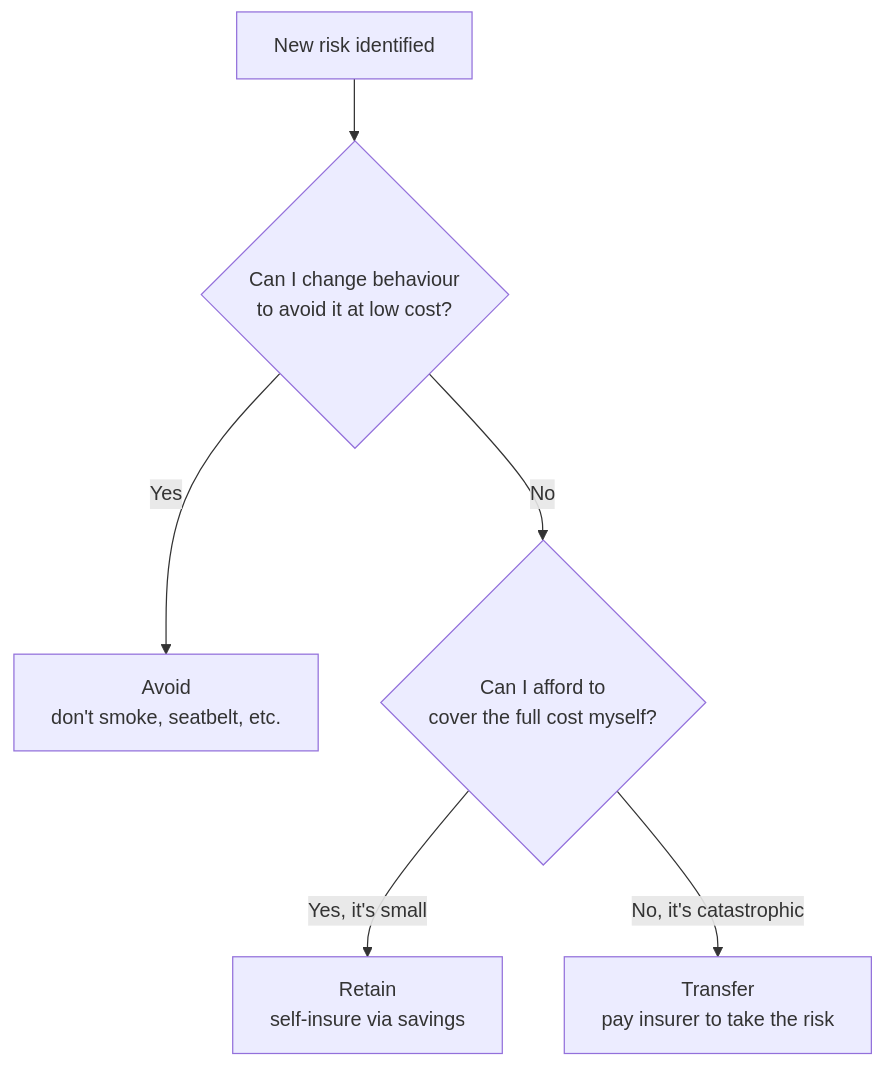
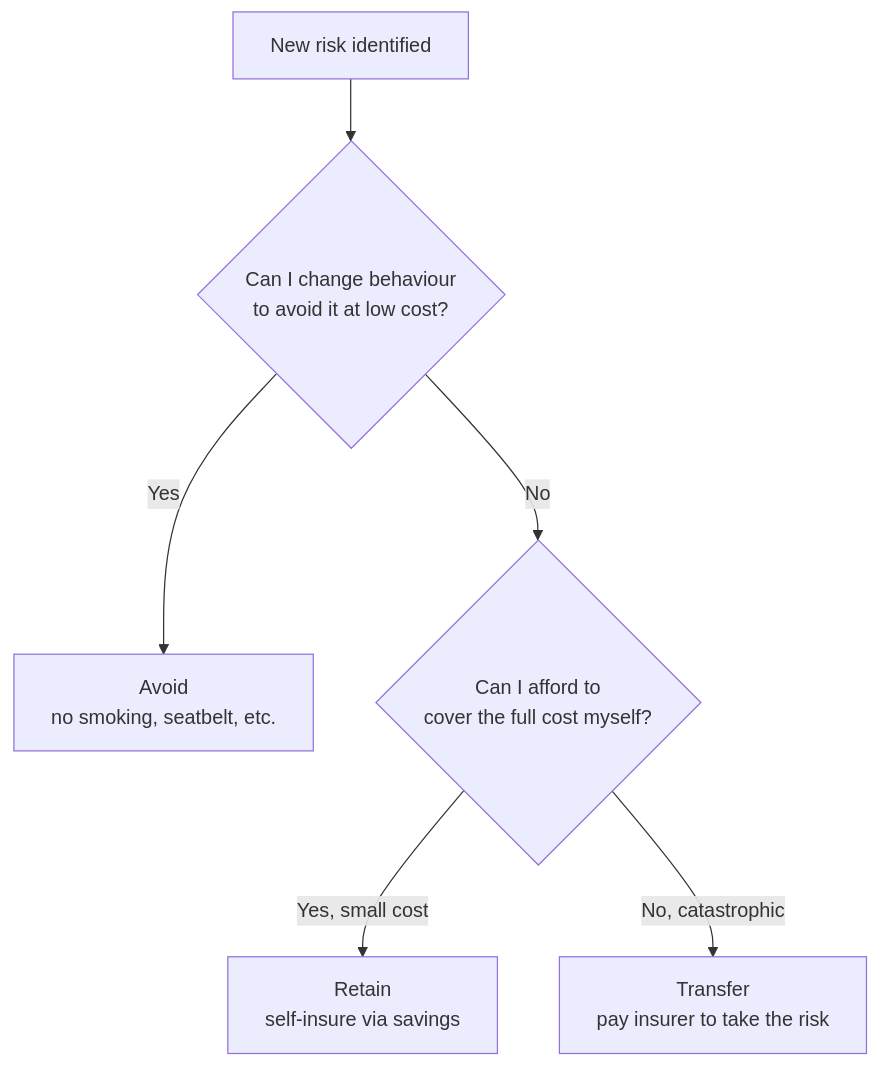
One commit to leotansingapore/aia-product-compass-hub changed the first of 2 diagrams in docs/first-60-days/week-1/day-02.md. Above: the diagram before and after it, drawn with Mermaid.

Commit message:
Day 2 risk decision tree mermaid now renders — apostrophes in unquoted node labels were breaking strict-mode parser

````diff
--- a/docs/first-60-days/week-1/day-02.md
+++ b/docs/first-60-days/week-1/day-02.md
@@ -105,8 +105,8 @@
 ```mermaid
 flowchart TD
-    R[New risk identified] --> Q1{Can I change behaviour<br/>to avoid it at low cost?}
-    Q1 -->|Yes| AV[Avoid<br/>don't smoke, seatbelt, etc.]
-    Q1 -->|No| Q2{Can I afford to<br/>cover the full cost myself?}
-    Q2 -->|Yes, it's small| RE[Retain<br/>self-insure via savings]
-    Q2 -->|No, it's catastrophic| TR[Transfer<br/>pay insurer to take the risk]
+    R["New risk identified"] --> Q1{"Can I change behaviour<br/>to avoid it at low cost?"}
+    Q1 -->|Yes| AV["Avoid<br/>no smoking, seatbelt, etc."]
+    Q1 -->|No| Q2{"Can I afford to<br/>cover the full cost myself?"}
+    Q2 -->|Yes, small cost| RE["Retain<br/>self-insure via savings"]
+    Q2 -->|No, catastrophic| TR["Transfer<br/>pay insurer to take the risk"]
 ```
````
